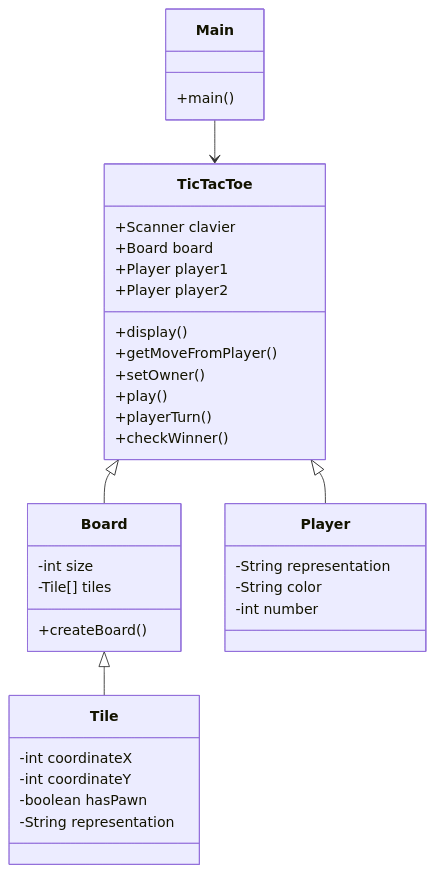
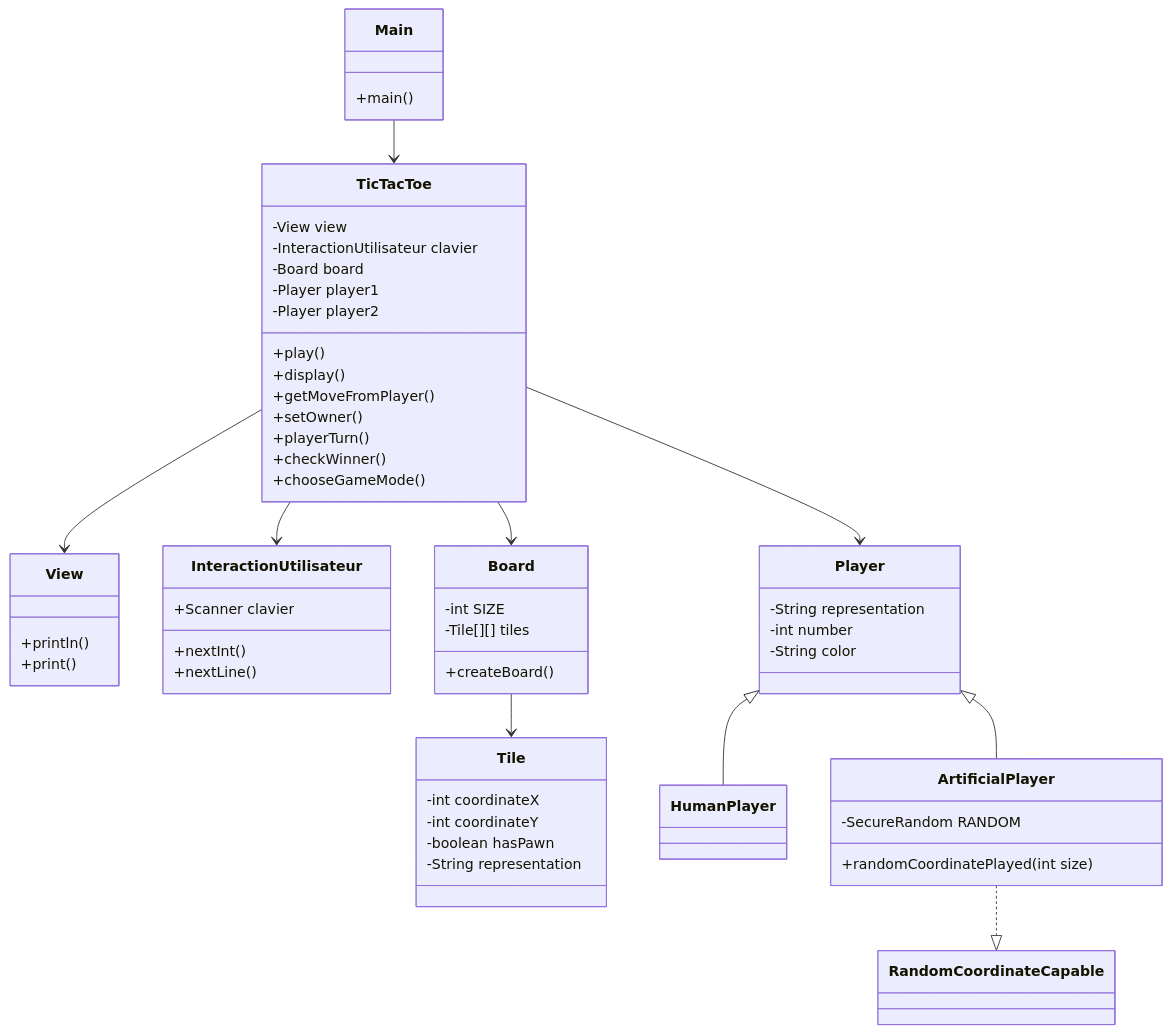
Before and after one commit to loic-job-dev/TicTacToe: the first of 2 diagrams in README.md, drawn with Mermaid. The commit also changed other lines of this file, not shown here.

````diff
--- a/README.md
+++ b/README.md
@@ -14,42 +50,68 @@
 ```mermaid
 classDiagram
     class Main {
         +main()
     }
     Main --> TicTacToe
 
     class TicTacToe {
-        +Scanner clavier
-        +Board board
-        +Player player1
-        +Player player2
+        -View view
+        -InteractionUtilisateur clavier
+        -Board board
+        -Player player1
+        -Player player2
+        +play()
         +display()
         +getMoveFromPlayer()
         +setOwner()
-        +play()
         +playerTurn()
         +checkWinner()
+        +chooseGameMode()
     }
-    TicTacToe <|-- Board
-    TicTacToe <|-- Player
+    TicTacToe --> View
+    TicTacToe --> InteractionUtilisateur
+    TicTacToe --> Board
+    TicTacToe --> Player
+
+    class View {
+        +println()
+        +print()
+    }
+
+    class InteractionUtilisateur {
+        +Scanner clavier
+        +nextInt()
+        +nextLine()
+    }
 
     class Board {
-        -int size
-        -Tile[] tiles
+        -int SIZE
+        -Tile[][] tiles
         +createBoard()
     }
-    Board <|-- Tile
+    Board --> Tile
 
     class Tile {
         -int coordinateX
         -int coordinateY
         -boolean hasPawn
         -String representation
     }
 
     class Player {
         -String representation
+        -int number
         -String color
-        -int number
     }
+    Player <|-- HumanPlayer
+    Player <|-- ArtificialPlayer
+
+    class HumanPlayer {
+    }
+
+    class ArtificialPlayer {
+        -SecureRandom RANDOM
+        +randomCoordinatePlayed(int size)
+    }
+    ArtificialPlayer ..|> RandomCoordinateCapable
 ```
````
